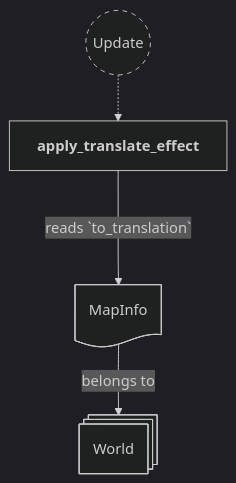
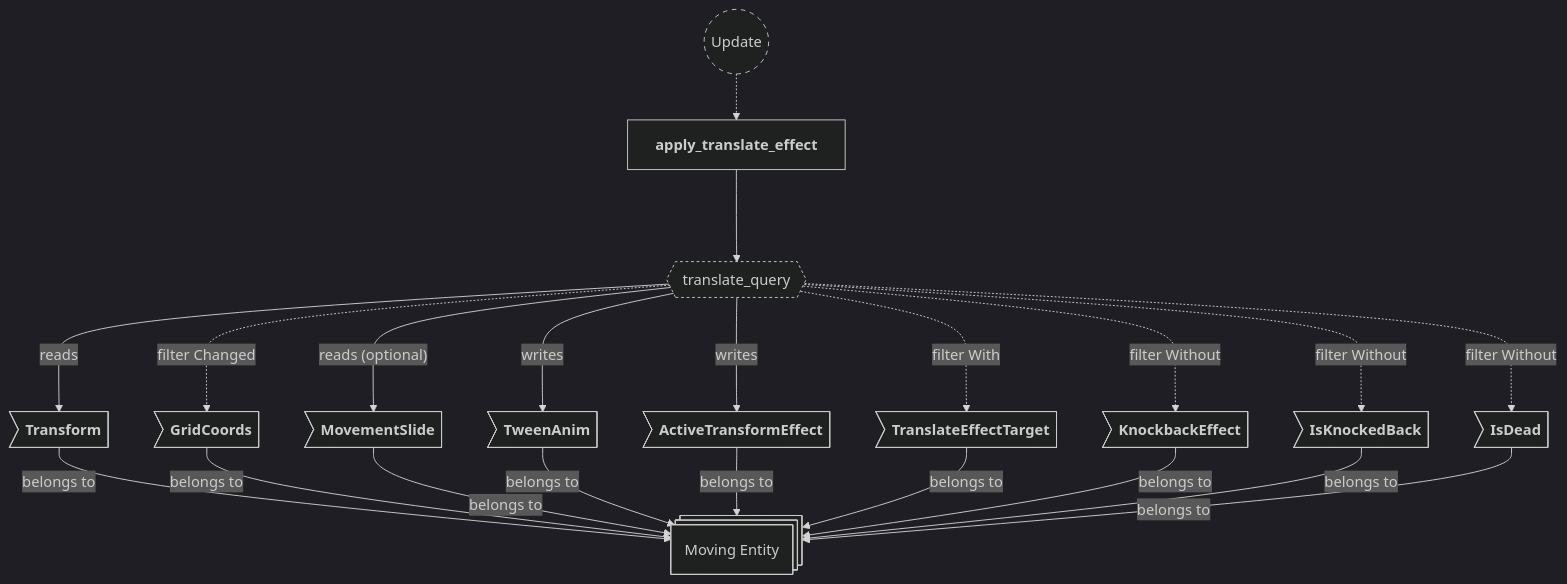
Before and after one commit to neurosoup/tyled: the fourth of 25 diagrams in backlog/docs/doc-10 - 008-Effects-plugin.md, drawn with Mermaid. The commit also changed other lines of this file and 14 other files, not shown here.

First line of the commit message:
Add beam-origin illumination and fix knockback transform-effect race

````diff
--- a/backlog/docs/doc-10 - 008-Effects-plugin.md
+++ b/backlog/docs/doc-10 - 008-Effects-plugin.md
@@ -205,21 +251,40 @@
 ```mermaid
 ---
 config:
   theme: dark
 ---
 
 flowchart TD
 classDef system-group stroke-dasharray: 5 5
+classDef query stroke-dasharray: 3 3
 
 update(("`Update`")):::system-group
 apply_translate_effect["`**apply_translate_effect**`"]
 
 update -.-> apply_translate_effect
 
-world@{ shape: st-rect, label: "World" }
-map_info_res@{ shape: doc, label: "MapInfo" }
+translate_query{{"`translate_query`"}}:::query
+apply_translate_effect ---> translate_query
 
-map_info_res --> |belongs to| world
+moving_entity@{ shape: st-rect, label: "Moving Entity" }
 
-apply_translate_effect ---> |reads `to_translation`| map_info_res
+me_transform>"`**Transform**`"] --> |belongs to| moving_entity
+me_grid_coords>"`**GridCoords**`"] --> |belongs to| moving_entity
+me_slide>"`**MovementSlide**`"] --> |belongs to| moving_entity
+me_tween_anim>"`**TweenAnim**`"] --> |belongs to| moving_entity
+me_active>"`**ActiveTransformEffect**`"] --> |belongs to| moving_entity
+me_marker>"`**TranslateEffectTarget**`"] --> |belongs to| moving_entity
+me_knockback>"`**KnockbackEffect**`"] --> |belongs to| moving_entity
+me_is_knocked>"`**IsKnockedBack**`"] --> |belongs to| moving_entity
+me_is_dead>"`**IsDead**`"] --> |belongs to| moving_entity
+
+translate_query ---> |reads| me_transform
+translate_query -..-> |filter Changed| me_grid_coords
+translate_query ---> |"reads (optional)"| me_slide
+translate_query ---> |writes| me_tween_anim
+translate_query ---> |writes| me_active
+translate_query -..-> |filter With| me_marker
+translate_query -..-> |filter Without| me_knockback
+translate_query -..-> |filter Without| me_is_knocked
+translate_query -..-> |filter Without| me_is_dead
 ```
````
